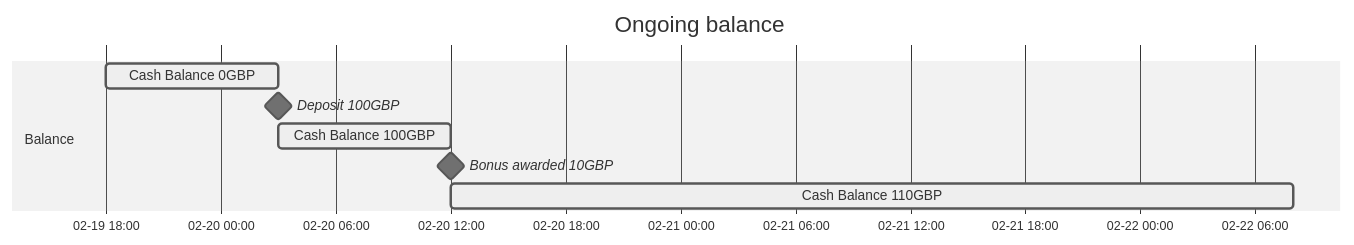
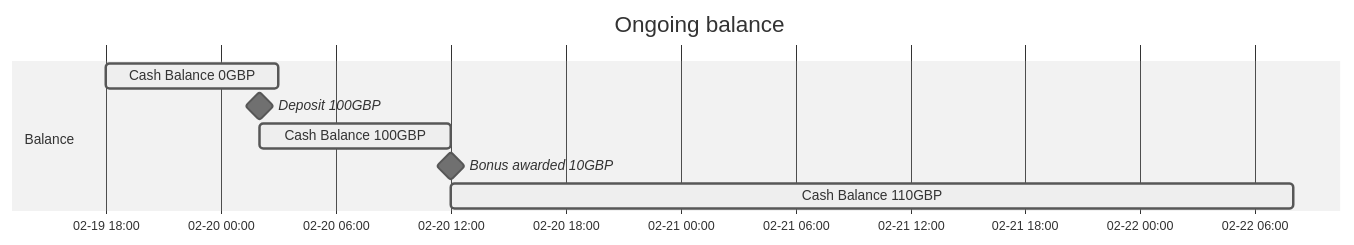
One commit to wealthkernel/api-documentation-guides changed the second of 2 diagrams in docs/balances/FAQs.md. Above: the diagram before and after it, drawn with Mermaid (neutral theme). The commit also changed other lines of this file, not shown here.

Commit message:
fix diagram milestones

````diff
--- a/docs/balances/FAQs.md
+++ b/docs/balances/FAQs.md
@@ -38,14 +38,14 @@
 ```mermaid
 gantt
 dateFormat  YYYY-MM-DD HH:mm
 axisFormat %m-%d %H:%M
 title Ongoing balance
 todayMarker off
 
     section Balance
     Cash Balance 0GBP :active, bal1, 2024-02-19 18:00, 9h
-    Deposit 100GBP :milestone, deposit, 2024-02-20, 6h
-    Cash Balance 100GBP :active, val1, after bal1, 9h
-    Bonus awarded 10GBP :milestone, bon, 2024-02-20, 24h
+    Deposit 100GBP :milestone, deposit, 2024-02-20 02:00, 0h
+    Cash Balance 100GBP :active, val1, 2024-02-20 02:00, 10h
+    Bonus awarded 10GBP :milestone, bon, 2024-02-20 12:00, 0h
     Cash Balance 110GBP :active, val1, 2024-02-20 12:00, 44h
 ```
````
